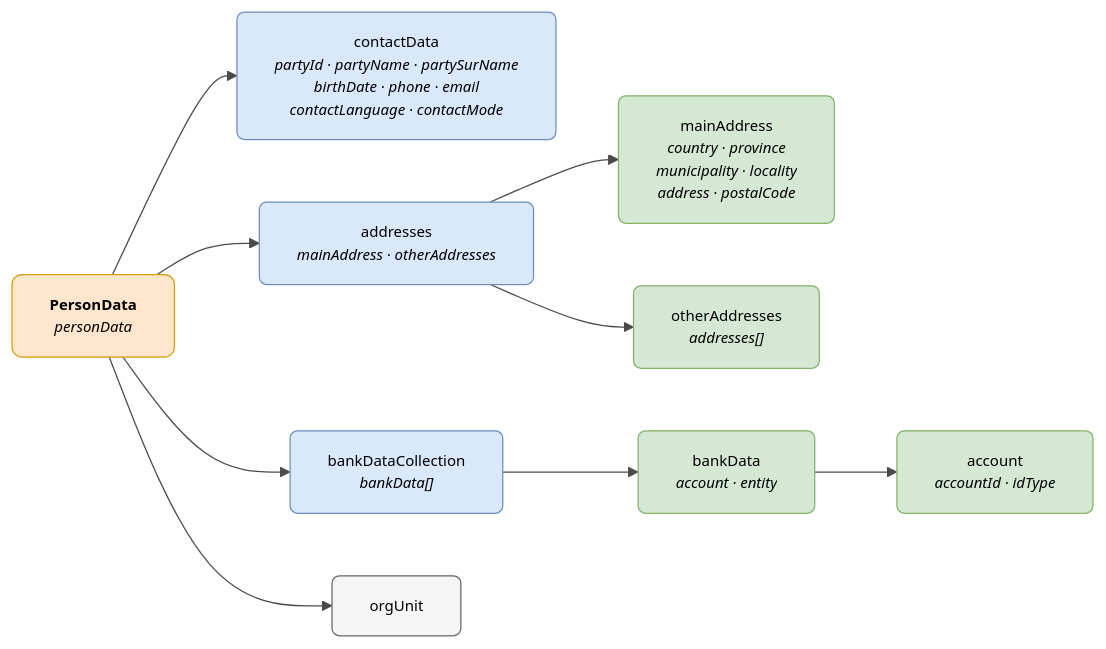
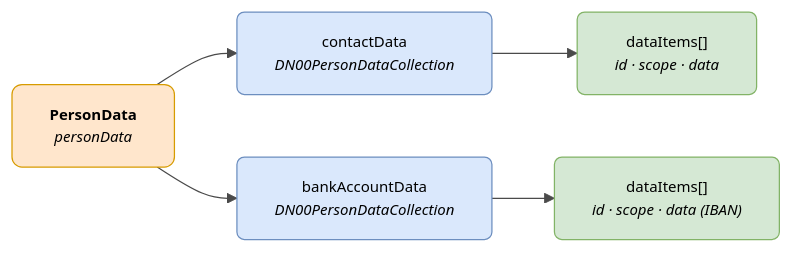
Before and after one commit to DENA-Euskadi/dena-euskadi.github.io: the diagram in docs/semantica/data-retrieve/data/persona.eu.md, drawn with Mermaid. The commit also changed other lines of this file and 75 other files, not shown here.

````diff
--- a/docs/semantica/data-retrieve/data/persona.eu.md
+++ b/docs/semantica/data-retrieve/data/persona.eu.md
@@ -17,37 +16,26 @@
 ```mermaid
 ---
 config:
   theme: base
   themeVariables:
     primaryColor: "#FFFFFF"
     primaryTextColor: "#000000"
     primaryBorderColor: "#CCCCCC"
     lineColor: "#4A4A4A"
     fontSize: "12px"
 ---
 flowchart LR
     PDATA["<b>PersonData</b><br/><i>personData</i>"]
 
-    PDATA --> CONTACT["contactData<br/><i>partyId · partyName · partySurName<br/>birthDate · phone · email<br/>contactLanguage · contactMode</i>"]
-    PDATA --> ADDR["addresses<br/><i>mainAddress · otherAddresses</i>"]
-    PDATA --> BANK["bankDataCollection<br/><i>bankData[]</i>"]
-    PDATA --> ORG["orgUnit"]
+    PDATA --> CONTACT["contactData<br/><i>DN00PersonDataCollection</i>"]
+    PDATA --> BANK["bankAccountData<br/><i>DN00PersonDataCollection</i>"]
 
-    ADDR --> MAIN["mainAddress<br/><i>country · province<br/>municipality · locality<br/>address · postalCode</i>"]
-    ADDR --> OTHER["otherAddresses<br/><i>addresses[]</i>"]
-
-    BANK --> BANKITEM["bankData<br/><i>account · entity</i>"]
-    BANKITEM --> ACCOUNT["account<br/><i>accountId · idType</i>"]
+    CONTACT --> CITEM["dataItems[]<br/><i>id · scope · data</i>"]
+    BANK --> BITEM["dataItems[]<br/><i>id · scope · data (IBAN)</i>"]
 
     style PDATA fill:#ffe6cc,stroke:#d79b00,color:#000000,rx:8,ry:8
     style CONTACT fill:#dae8fc,stroke:#6c8ebf,color:#000000,rx:6,ry:6
-    style ADDR fill:#dae8fc,stroke:#6c8ebf,color:#000000,rx:6,ry:6
     style BANK fill:#dae8fc,stroke:#6c8ebf,color:#000000,rx:6,ry:6
-    style ORG fill:#f5f5f5,stroke:#666666,color:#000000,rx:6,ry:6
-    style MAIN fill:#d5e8d4,stroke:#82b366,color:#000000,rx:6,ry:6
-    style OTHER fill:#d5e8d4,stroke:#82b366,color:#000000,rx:6,ry:6
-    style BANKITEM fill:#d5e8d4,stroke:#82b366,color:#000000,rx:6,ry:6
-    style ACCOUNT fill:#d5e8d4,stroke:#82b366,color:#000000,rx:6,ry:6
-
-    click ORG "../unidad-organica/" "Ikusi Unitate Organikoa"
+    style CITEM fill:#d5e8d4,stroke:#82b366,color:#000000,rx:6,ry:6
+    style BITEM fill:#d5e8d4,stroke:#82b366,color:#000000,rx:6,ry:6
 ```
````
